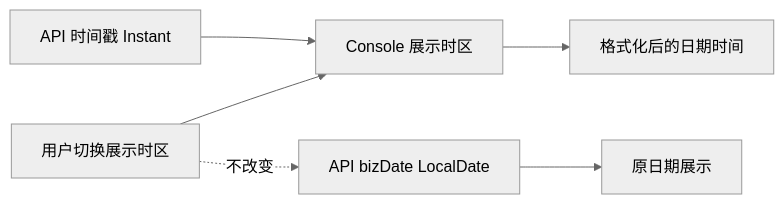
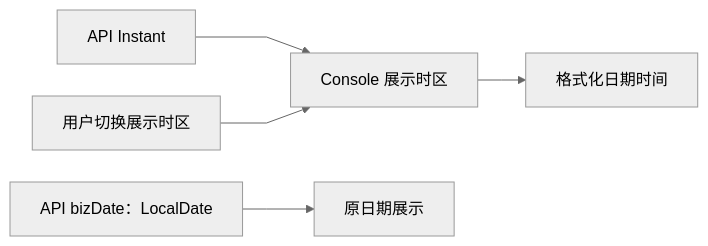
The fourth of 4 diagrams in docs/design/time-date-semantics.md (pinpols/file-batch-system), drawn with Mermaid (neutral theme) before and after one commit. The commit also changed other lines of this file and 5032 other files, not shown here.

````diff
--- a/docs/design/time-date-semantics.md
+++ b/docs/design/time-date-semantics.md
@@ -90,8 +99,8 @@
 ```mermaid
+%%{init: {"flowchart":{"curve":"linear","nodeSpacing":32,"rankSpacing":48},"sequence":{"mirrorActors":false}}}%%
 flowchart LR
-    A[API 时间戳 Instant] --> B[Console 展示时区]
-    B --> C[格式化后的日期时间]
-    D[API bizDate LocalDate] --> E[原日期展示]
-    F[用户切换展示时区] --> B
-    F -.不改变.-> D
+  I[API Instant] --> Z[Console 展示时区]
+  Z --> T[格式化日期时间]
+  U[用户切换展示时区] --> Z
+  D[API bizDate：LocalDate] --> B[原日期展示]
 ```
````
